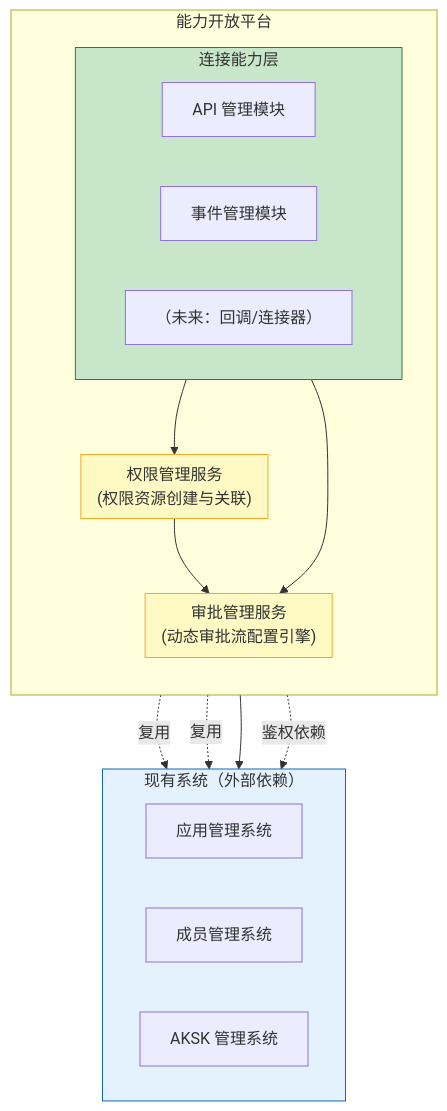
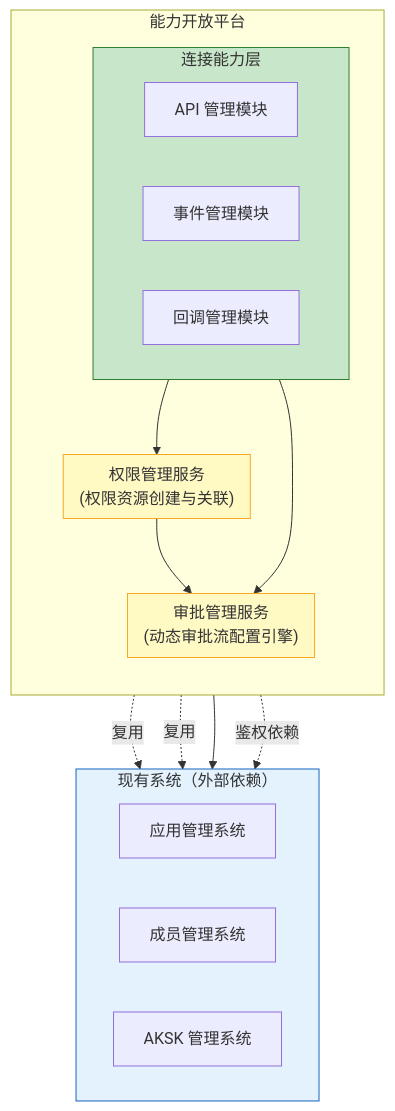
Before and after one commit to THZSummer/open-app: the second of 7 diagrams in .sddu/specs-tree-root/specs-tree-capability-open-platform/spec.md, drawn with Mermaid. The commit also changed other lines of this file, not shown here.

First line of the commit message:
docs(spec): sync Chapter 4-8 with Callback MVP changes

````diff
--- a/.sddu/specs-tree-root/specs-tree-capability-open-platform/spec.md
+++ b/.sddu/specs-tree-root/specs-tree-capability-open-platform/spec.md
@@ -289,40 +289,40 @@
 ```mermaid
 graph TB
     subgraph Platform["能力开放平台"]
         direction TB
         
         subgraph Capability["连接能力层"]
             direction LR
             API["API 管理模块"]
             Event["事件管理模块"]
-            Future["（未来：回调/连接器）"]
+            Callback["回调管理模块"]
         end
         
         subgraph Permission["权限管理服务\n(权限资源创建与关联)"]
         end
         
         subgraph Approval["审批管理服务\n(动态审批流配置引擎)"]
         end
         
         Capability --> Permission
         Capability --> Approval
         Permission --> Approval
     end
     
     subgraph Existing["现有系统（外部依赖）"]
         direction LR
         AppMgr["应用管理系统"]
         MemberMgr["成员管理系统"]
         AKSK["AKSK 管理系统"]
     end
     
     Platform --> Existing
     Permission -.->|复用| AppMgr
     Approval -.->|复用| MemberMgr
     Capability -.->|鉴权依赖| AKSK
 
     style Capability fill:#c8e6c9,stroke:#2e7d32
     style Permission fill:#fff9c4,stroke:#f9a825
     style Approval fill:#fff9c4,stroke:#f9a825
     style Existing fill:#e3f2fd,stroke:#1565c0
 ```
````
